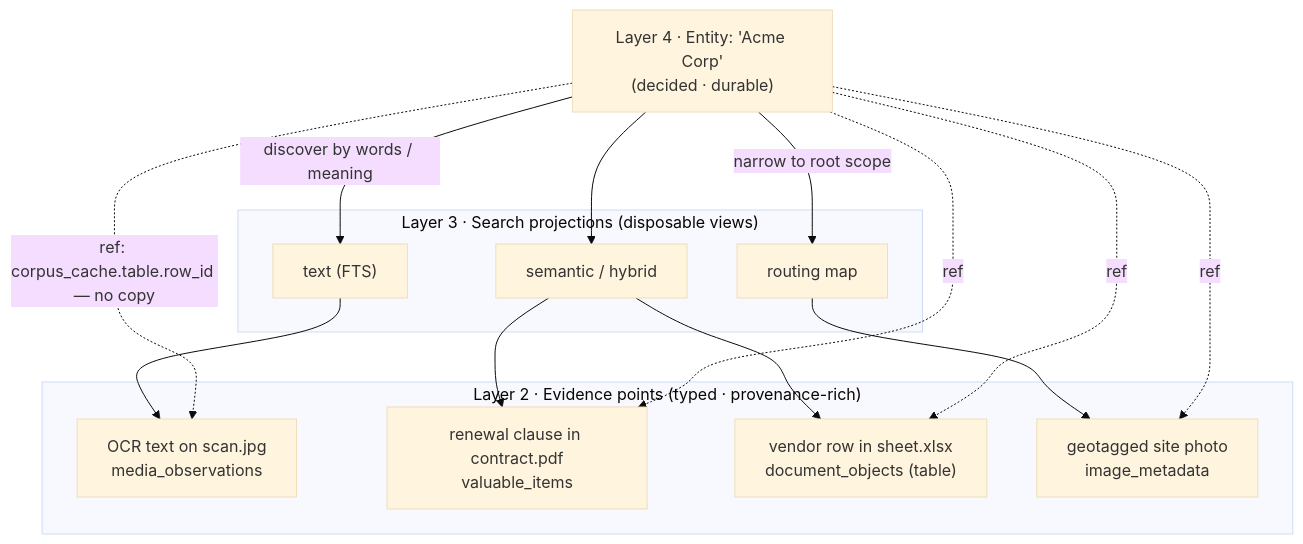
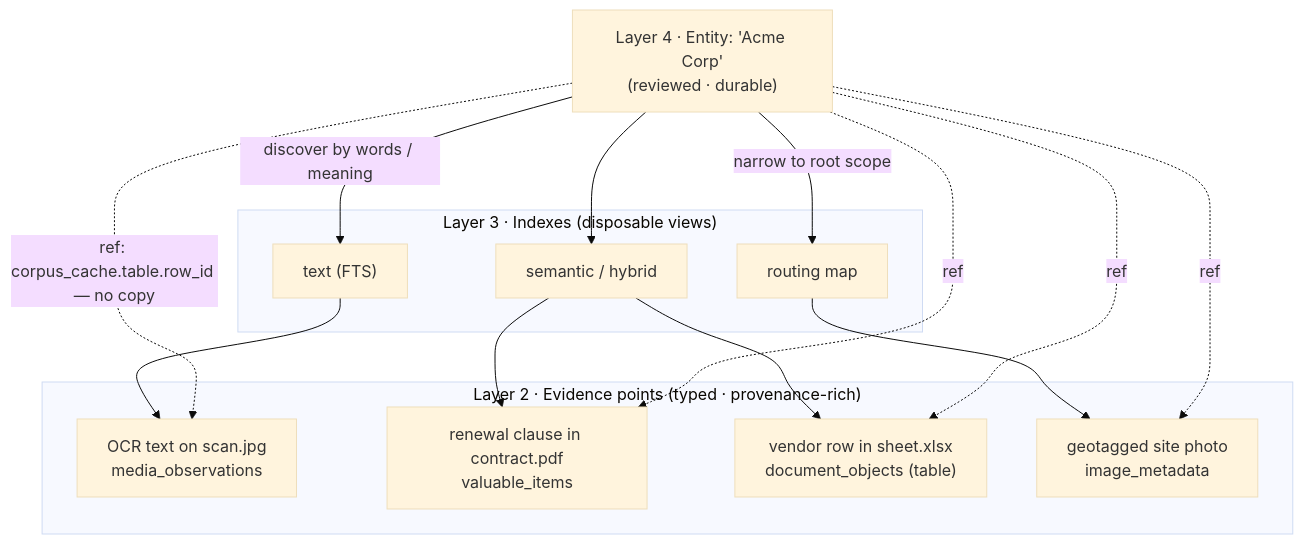
Before and after one commit to VectorMind/evidence-engine: the second of 3 diagrams in README.md, drawn with Mermaid (base theme). The commit also changed other lines of this file and 10 other files, not shown here.

````diff
--- a/README.md
+++ b/README.md
@@ -137,30 +149,30 @@
 ```mermaid
 flowchart TB
-  ENT["Layer 4 · Entity: 'Acme Corp'<br/>(decided · durable)"]
+  ENT["Layer 4 · Entity: 'Acme Corp'<br/>(reviewed · durable)"]
 
-  subgraph L3["Layer 3 · Search projections (disposable views)"]
+  subgraph L3["Layer 3 · Indexes (disposable views)"]
     FTS["text (FTS)"]
     SEM["semantic / hybrid"]
     ROUTE["routing map"]
   end
 
   subgraph L2["Layer 2 · Evidence points (typed · provenance-rich)"]
     OCR["OCR text on scan.jpg<br/>media_observations"]
     CLAUSE["renewal clause in contract.pdf<br/>valuable_items"]
     TABLE["vendor row in sheet.xlsx<br/>document_objects (table)"]
     PHOTO["geotagged site photo<br/>image_metadata"]
   end
 
   ENT -->|"discover by words / meaning"| FTS
   ENT --> SEM
   ENT -->|"narrow to root scope"| ROUTE
   FTS --> OCR
   SEM --> CLAUSE
   SEM --> TABLE
   ROUTE --> PHOTO
 
   ENT -. "ref: corpus_cache.table.row_id — no copy" .-> OCR
   ENT -. ref .-> CLAUSE
   ENT -. ref .-> TABLE
   ENT -. ref .-> PHOTO
 ```
````
